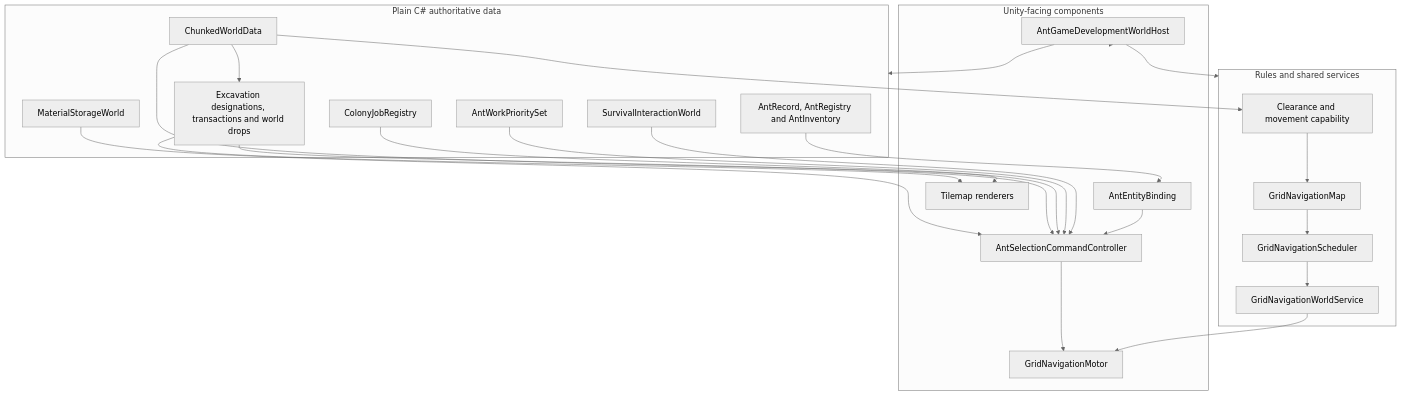
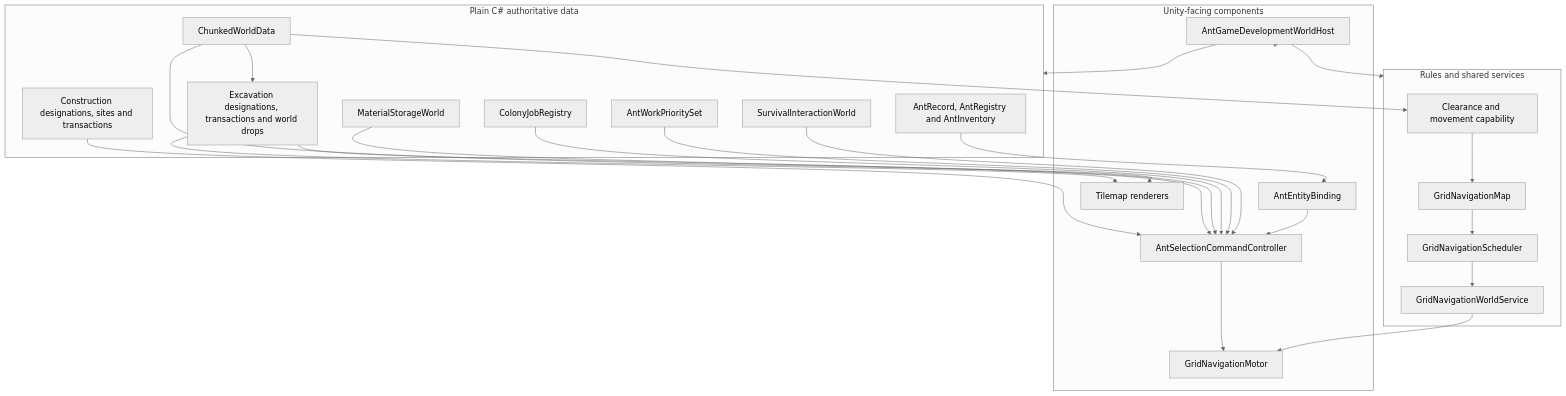
The diagram in docs/technical-architecture.md (Stevr0/AntGame), drawn with Mermaid (neutral theme) before and after one commit. The commit also changed other lines of this file and 28 other files, not shown here.

````diff
--- a/docs/technical-architecture.md
+++ b/docs/technical-architecture.md
@@ -17,41 +17,43 @@
 ```mermaid
 flowchart TB
   subgraph Data[Plain C# authoritative data]
     AR[AntRecord, AntRegistry and AntInventory]
     WD[ChunkedWorldData]
     SI[SurvivalInteractionWorld]
     JP[AntWorkPrioritySet]
     JR[ColonyJobRegistry]
     DR[Excavation designations, transactions and world drops]
     MS[MaterialStorageWorld]
+    CS[Construction designations, sites and transactions]
   end
 
   subgraph Rules[Rules and shared services]
     CAP[Clearance and movement capability]
     MAP[GridNavigationMap]
     SCH[GridNavigationScheduler]
     GWS[GridNavigationWorldService]
   end
 
   subgraph Unity[Unity-facing components]
     BIND[AntEntityBinding]
     CTRL[AntSelectionCommandController]
     MOTOR[GridNavigationMotor]
     TILE[Tilemap renderers]
     HOST[AntGameDevelopmentWorldHost]
   end
 
   WD --> CAP --> MAP --> SCH --> GWS --> MOTOR
   WD --> TILE
   AR --> BIND --> CTRL
   CTRL --> MOTOR
   SI --> CTRL
   JP --> CTRL
   JR --> CTRL
   DR --> CTRL
   MS --> CTRL
+  CS --> CTRL
   WD --> DR --> TILE
   HOST --> Data
   HOST --> Rules
   HOST --> Unity
 ```
````
